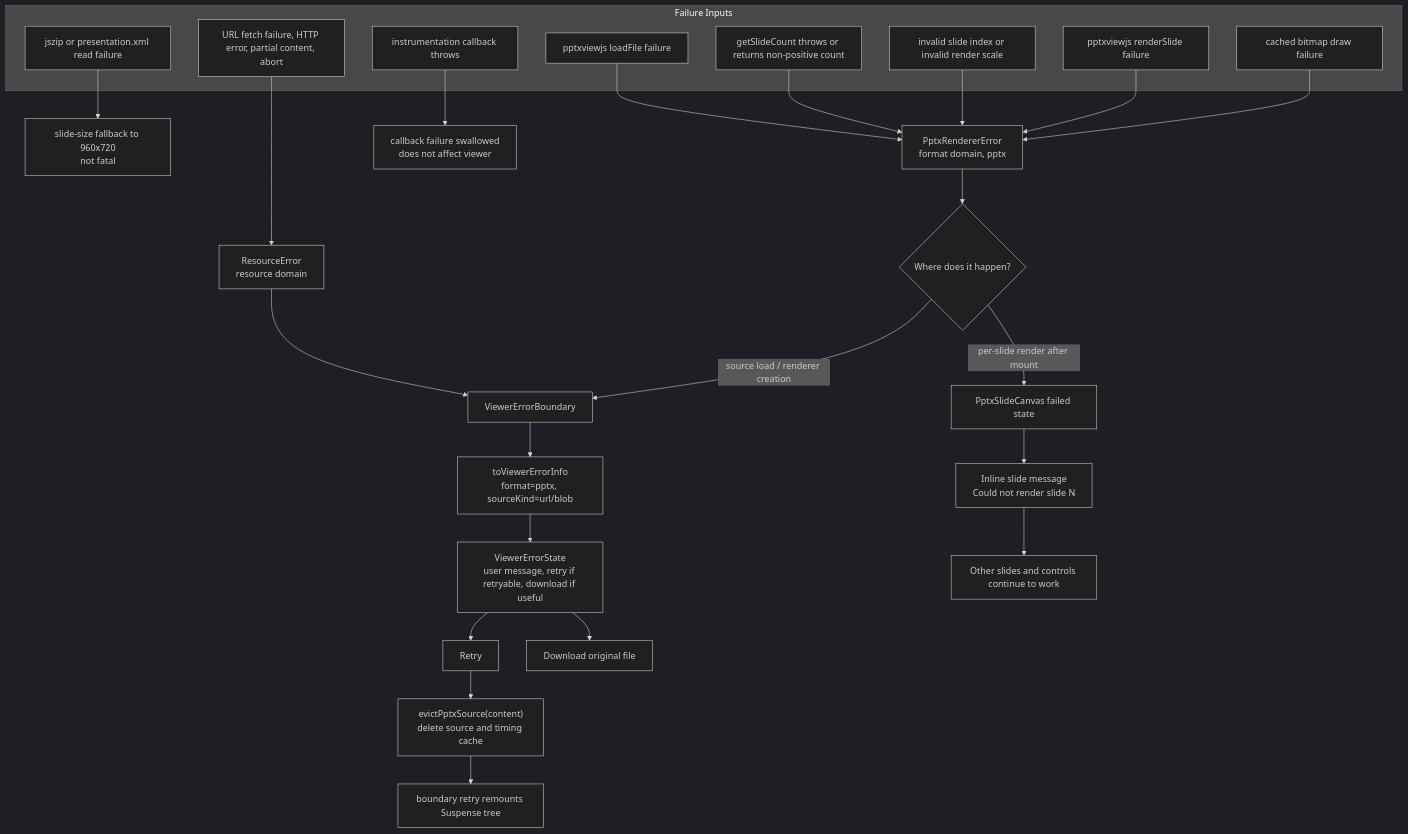
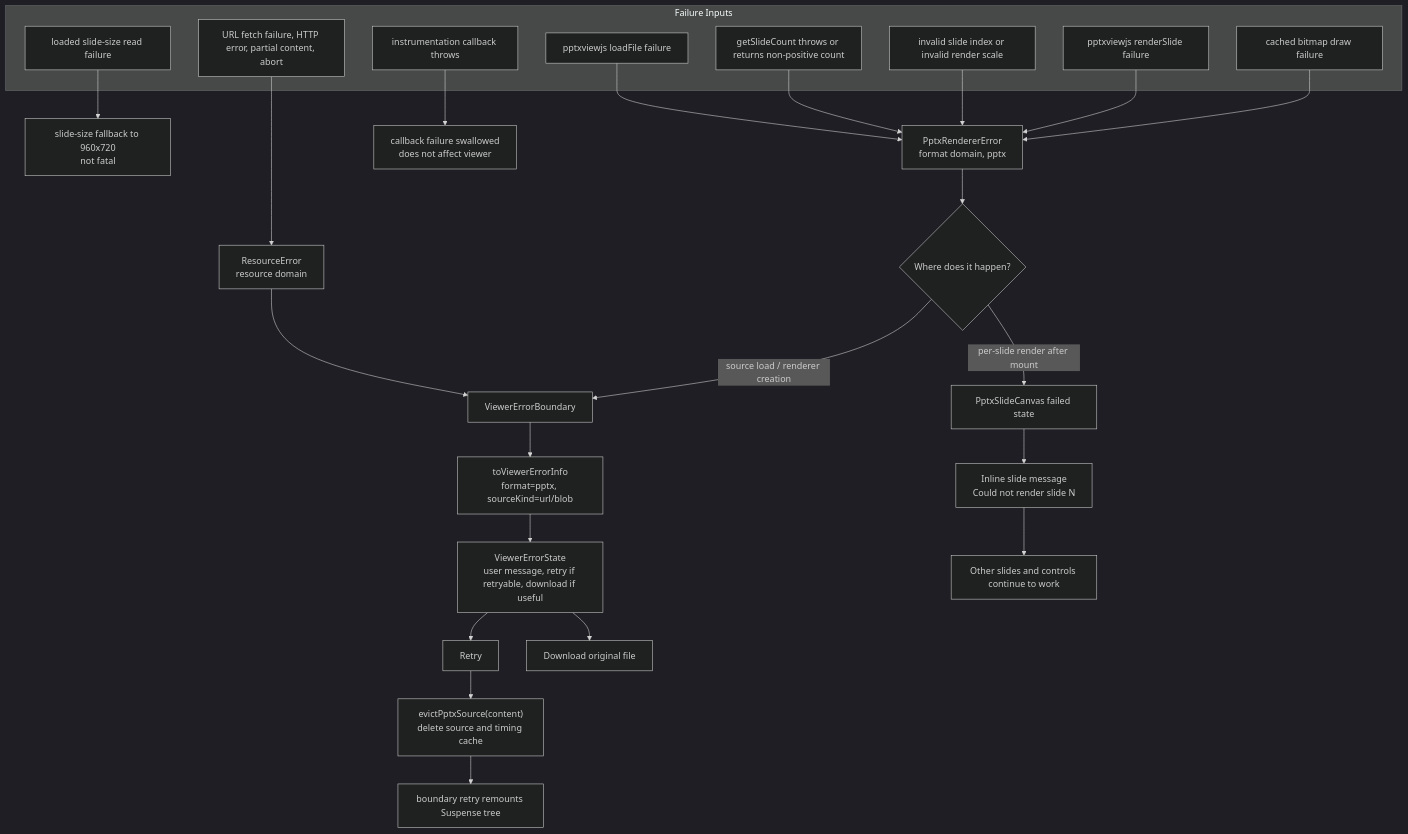
The fifth of 6 diagrams in components/viewers/PPTX_VIEWER_SYSTEM_DIAGRAM.md (retab-dev/retab-ui), drawn with Mermaid (dark theme) before and after one commit. The commit also changed other lines of this file and 95 other files, not shown here.

````diff
--- a/components/viewers/PPTX_VIEWER_SYSTEM_DIAGRAM.md
+++ b/components/viewers/PPTX_VIEWER_SYSTEM_DIAGRAM.md
@@ -386,37 +377,37 @@
 ```mermaid
 flowchart TB
   subgraph FailureInputs["Failure Inputs"]
     FetchFail["URL fetch failure, HTTP error, partial content, abort"]
-    ZipFail["jszip or presentation.xml read failure"]
+    SizeFail["loaded slide-size read failure"]
     LoadFail["pptxviewjs loadFile failure"]
     InspectFail["getSlideCount throws or returns non-positive count"]
     BoundsFail["invalid slide index or invalid render scale"]
     RenderFail["pptxviewjs renderSlide failure"]
     CacheDrawFail["cached bitmap draw failure"]
     CallbackFail["instrumentation callback throws"]
   end
 
   FetchFail --> ResourceError["ResourceError<br/>resource domain"]
-  ZipFail --> DefaultSize["slide-size fallback to 960x720<br/>not fatal"]
+  SizeFail --> DefaultSize["slide-size fallback to 960x720<br/>not fatal"]
   LoadFail --> PptxError["PptxRendererError<br/>format domain, pptx"]
   InspectFail --> PptxError
   BoundsFail --> PptxError
   RenderFail --> PptxError
   CacheDrawFail --> PptxError
   CallbackFail --> Swallowed["callback failure swallowed<br/>does not affect viewer"]
 
   PptxError --> BoundaryChoice{"Where does it happen?"}
   ResourceError --> Boundary["ViewerErrorBoundary"]
   BoundaryChoice -->|"source load / renderer creation"| Boundary
   BoundaryChoice -->|"per-slide render after mount"| SlideState["PptxSlideCanvas failed state"]
 
   Boundary --> ErrorInfo["toViewerErrorInfo<br/>format=pptx, sourceKind=url/blob"]
   ErrorInfo --> ErrorCard["ViewerErrorState<br/>user message, retry if retryable, download if useful"]
   ErrorCard --> Retry["Retry"]
   Retry --> Evict["evictPptxSource(content)<br/>delete source and timing cache"]
   Evict --> Reload["boundary retry remounts Suspense tree"]
   ErrorCard --> Download["Download original file"]
 
   SlideState --> InlineSlideError["Inline slide message<br/>Could not render slide N"]
   InlineSlideError --> ViewerContinues["Other slides and controls continue to work"]
 ```
````
